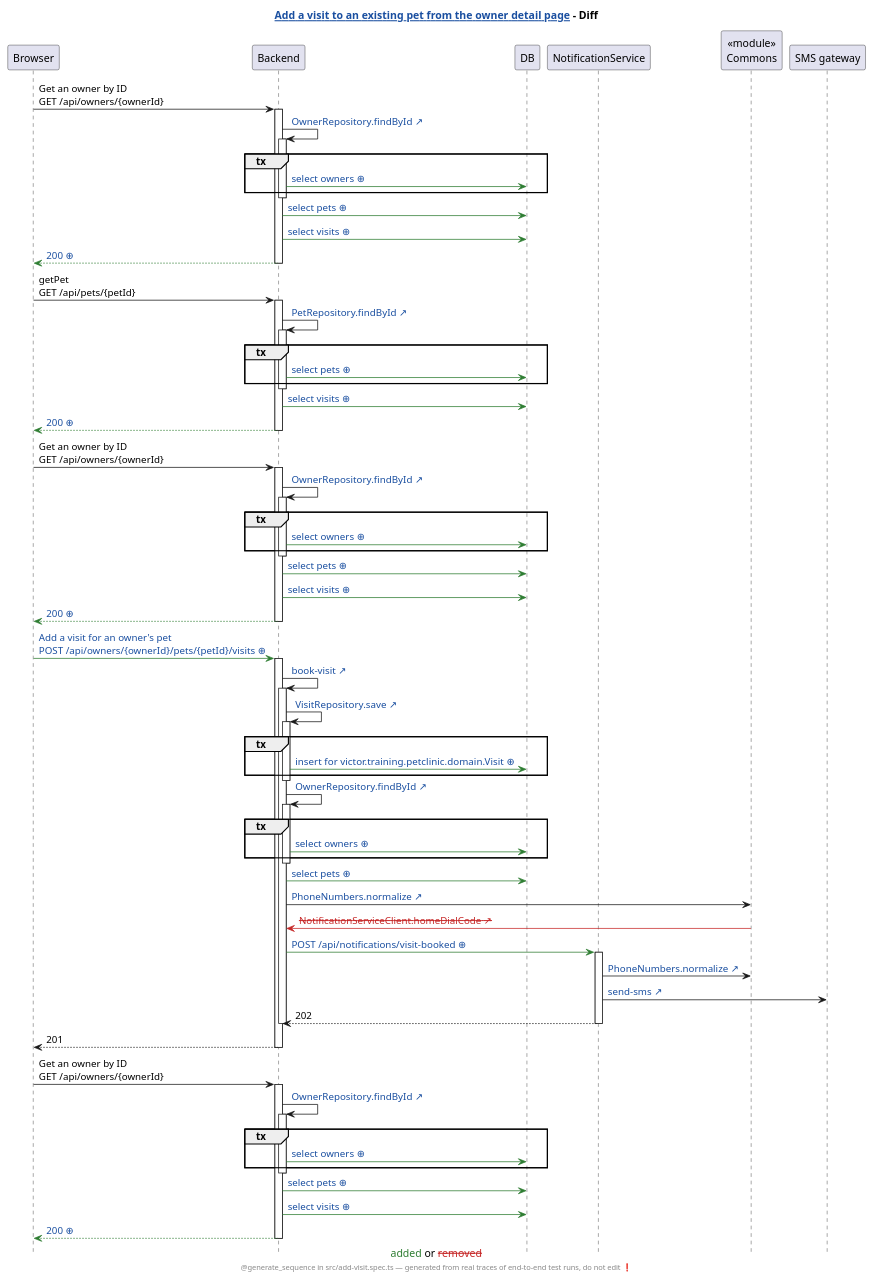
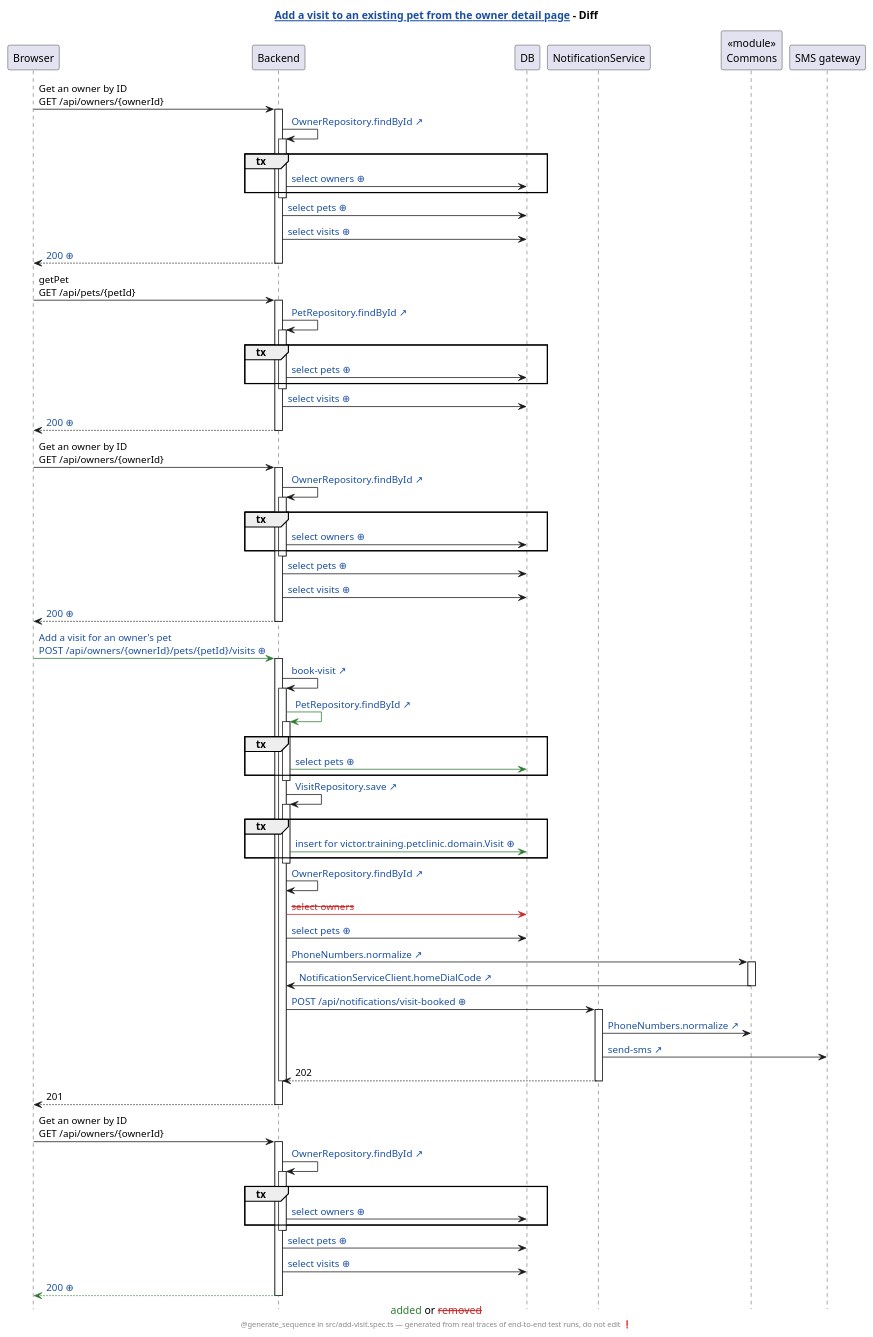
Before and after one commit to Winandvdb/human-review: the diagram in demo/demo2/assets/diagrams/petclinic-test_generated_add-visit.spec.ts.add-a-visit-to-an-existing-pet-from-the-owner-detail-page.genseq.diff.puml, drawn with PlantUML. The commit also changed 233 other files, not shown here.

```diff
--- a/demo/demo2/assets/diagrams/petclinic-test_generated_add-visit.spec.ts.add-a-visit-to-an-existing-pet-from-the-owner-detail-page.genseq.diff.puml
+++ b/demo/demo2/assets/diagrams/petclinic-test_generated_add-visit.spec.ts.add-a-visit-to-an-existing-pet-from-the-owner-detail-page.genseq.diff.puml
@@ -1,89 +1,93 @@
 @startuml
 caption <color:#2E7D32>added</color> or <color:#C62828><s>removed</s></color>
 hide footbox
 skinparam hyperlinkUnderline false
 skinparam hyperlinkColor #1A4FA0
 title [[src://petclinic-test/src/add-visit.spec.ts:31{Click to open the test} Add a visit to an existing pet from the owner detail page]] - Diff
 footer @generate_sequence in src/add-visit.spec.ts — generated from real traces of end-to-end test runs, do not edit ❗
 participant Browser
 participant Backend
 participant DB
 participant NotificationService
 participant "«module»\nCommons" as Commons
 participant "SMS gateway"
 Browser -> Backend: Get an owner by ID\nGET /api/owners/{ownerId}
 activate Backend
-Backend -> Backend: [[src://petclinic-backend/src/main/java/victor/training/petclinic/repository/OwnerRepository.java:28{Click to open OwnerRepository.findById} OwnerRepository.findById ↗]]
+Backend -> Backend: [[src://petclinic-backend/src/main/java/victor/training/petclinic/repository/OwnerRepository.java:15{Click to open OwnerRepository.findById} OwnerRepository.findById ↗]]
 activate Backend
 group tx
-Backend -[#2E7D32]> DB: [[genseq://083xusu{Click for the statement behind this call} select owners ⊕]]
+Backend -> DB: [[genseq://0x8aana{Click for the statement behind this call} select owners ⊕]]
 end
 deactivate Backend
-Backend -[#2E7D32]> DB: [[genseq://0j0trn8{Click for the statement behind this call} select pets ⊕]]
-Backend -[#2E7D32]> DB: [[genseq://16xt6fr{Click for the statement behind this call} select visits ⊕]]
-Backend -[#2E7D32]-> Browser: [[genseq://0x0vjb5{Click for this call’s JSON body} 200 ⊕]]
+Backend -> DB: [[genseq://18567ho{Click for the statement behind this call} select pets ⊕]]
+Backend -> DB: [[genseq://13apewa{Click for the statement behind this call} select visits ⊕]]
+Backend --> Browser: [[genseq://0zavcxa{Click for this call’s JSON body} 200 ⊕]]
 deactivate Backend
 Browser -> Backend: getPet\nGET /api/pets/{petId}
 activate Backend
 Backend -> Backend: [[src://petclinic-backend/src/main/java/victor/training/petclinic/repository/PetRepository.java:16{Click to open PetRepository.findById} PetRepository.findById ↗]]
 activate Backend
 group tx
-Backend -[#2E7D32]> DB: [[genseq://1cofzyh{Click for the statement behind this call} select pets ⊕]]
+Backend -> DB: [[genseq://0y7w2ps{Click for the statement behind this call} select pets ⊕]]
 end
 deactivate Backend
-Backend -[#2E7D32]> DB: [[genseq://16xt6fr{Click for the statement behind this call} select visits ⊕]]
-Backend -[#2E7D32]-> Browser: [[genseq://1uazcwg{Click for this call’s JSON body} 200 ⊕]]
+Backend -> DB: [[genseq://13apewa{Click for the statement behind this call} select visits ⊕]]
+Backend --> Browser: [[genseq://01mmlgx{Click for this call’s JSON body} 200 ⊕]]
 deactivate Backend
 Browser -> Backend: Get an owner by ID\nGET /api/owners/{ownerId}
 activate Backend
-Backend -> Backend: [[src://petclinic-backend/src/main/java/victor/training/petclinic/repository/OwnerRepository.java:28{Click to open OwnerRepository.findById} OwnerRepository.findById ↗]]
+Backend -> Backend: [[src://petclinic-backend/src/main/java/victor/training/petclinic/repository/OwnerRepository.java:15{Click to open OwnerRepository.findById} OwnerRepository.findById ↗]]
 activate Backend
 group tx
-Backend -[#2E7D32]> DB: [[genseq://083xusu{Click for the statement behind this call} select owners ⊕]]
+Backend -> DB: [[genseq://0x8aana{Click for the statement behind this call} select owners ⊕]]
 end
 deactivate Backend
-Backend -[#2E7D32]> DB: [[genseq://0j0trn8{Click for the statement behind this call} select pets ⊕]]
-Backend -[#2E7D32]> DB: [[genseq://16xt6fr{Click for the statement behind this call} select visits ⊕]]
-Backend -[#2E7D32]-> Browser: [[genseq://0x0vjb5{Click for this call’s JSON body} 200 ⊕]]
+Backend -> DB: [[genseq://18567ho{Click for the statement behind this call} select pets ⊕]]
+Backend -> DB: [[genseq://13apewa{Click for the statement behind this call} select visits ⊕]]
+Backend --> Browser: [[genseq://0zavcxa{Click for this call’s JSON body} 200 ⊕]]
 deactivate Backend
-Browser -[#2E7D32]> Backend: [[genseq://0s79aod{Click for this call’s JSON body} Add a visit for an owner's pet\nPOST /api/owners/{ownerId}/pets/{petId}/visits ⊕]]
+Browser -[#2E7D32]> Backend: [[genseq://17c9qfm{Click for this call’s JSON body} Add a visit for an owner's pet\nPOST /api/owners/{ownerId}/pets/{petId}/visits ⊕]]
 activate Backend
-Backend -> Backend: [[src://petclinic-backend/src/main/java/victor/training/petclinic/rest/OwnerRestController.java:240{Click to open OwnerRestController.bookVisit} book-visit ↗]]
+Backend -> Backend: [[src://petclinic-backend/src/main/java/victor/training/petclinic/rest/OwnerRestController.java:212{Click to open OwnerRestController.bookVisit} book-visit ↗]]
 activate Backend
+Backend -[#2E7D32]> Backend: [[src://petclinic-backend/src/main/java/victor/training/petclinic/repository/PetRepository.java:16{Click to open PetRepository.findById} PetRepository.findById ↗]]
+activate Backend
+group tx
+Backend -[#2E7D32]> DB: [[genseq://0y7w2ps{Click for the statement behind this call} select pets ⊕]]
+end
+deactivate Backend
 Backend -> Backend: [[src://petclinic-backend/src/main/java/victor/training/petclinic/repository/VisitRepository.java:14{Click to open VisitRepository.save} VisitRepository.save ↗]]
 activate Backend
 group tx
-Backend -[#2E7D32]> DB: [[genseq://07bek3u{Click for the statement behind this call} insert for victor.training.petclinic.domain.Visit ⊕]]
+Backend -[#2E7D32]> DB: [[genseq://0ai6p99{Click for the statement behind this call} insert for victor.training.petclinic.domain.Visit ⊕]]
 end
 deactivate Backend
-Backend -> Backend: [[src://petclinic-backend/src/main/java/victor/training/petclinic/repository/OwnerRepository.java:28{Click to open OwnerRepository.findById} OwnerRepository.findById ↗]]
-activate Backend
-group tx
-Backend -[#2E7D32]> DB: [[genseq://083xusu{Click for the statement behind this call} select owners ⊕]]
-end
-deactivate Backend
-Backend -[#2E7D32]> DB: [[genseq://0j0trn8{Click for the statement behind this call} select pets ⊕]]
+Backend -> Backend: [[src://petclinic-backend/src/main/java/victor/training/petclinic/repository/OwnerRepository.java:15{Click to open OwnerRepository.findById} OwnerRepository.findById ↗]]
+Backend -[#C62828]> DB: <color:#C62828><s>select owners</s></color>
+Backend -> DB: [[genseq://18567ho{Click for the statement behind this call} select pets ⊕]]
 Backend -> Commons: [[src://petclinic-commons/src/main/java/victor/training/commons/PhoneNumbers.java:8{Click to open PhoneNumbers.normalize} PhoneNumbers.normalize ↗]]
-Commons -[#C62828]> Backend: <color:#C62828><s>NotificationServiceClient.homeDialCode ↗</s></color>
-Backend -[#2E7D32]> NotificationService: [[genseq://06g5a1e{Click for this call’s JSON body} POST /api/notifications/visit-booked ⊕]]
+activate Commons
+Commons -> Backend: [[src://petclinic-backend/src/main/java/victor/training/petclinic/notification/NotificationServiceClient.java:45{Click to open NotificationServiceClient.homeDialCode} NotificationServiceClient.homeDialCode ↗]]
+deactivate Commons
+Backend -> NotificationService: [[genseq://1p4ogm5{Click for this call’s JSON body} POST /api/notifications/visit-booked ⊕]]
 activate NotificationService
 NotificationService -> Commons: [[src://petclinic-commons/src/main/java/victor/training/commons/PhoneNumbers.java:8{Click to open PhoneNumbers.normalize} PhoneNumbers.normalize ↗]]
 NotificationService -> "SMS gateway": [[src://notification-service/src/main/java/victor/training/notification/SmsGateway.java:23{Click to open SmsGateway.send} send-sms ↗]]
 NotificationService --> Backend: 202
 deactivate NotificationService
 deactivate Backend
 Backend --> Browser: 201
 deactivate Backend
 Browser -> Backend: Get an owner by ID\nGET /api/owners/{ownerId}
 activate Backend
-Backend -> Backend: [[src://petclinic-backend/src/main/java/victor/training/petclinic/repository/OwnerRepository.java:28{Click to open OwnerRepository.findById} OwnerRepository.findById ↗]]
+Backend -> Backend: [[src://petclinic-backend/src/main/java/victor/training/petclinic/repository/OwnerRepository.java:15{Click to open OwnerRepository.findById} OwnerRepository.findById ↗]]
 activate Backend
 group tx
-Backend -[#2E7D32]> DB: [[genseq://083xusu{Click for the statement behind this call} select owners ⊕]]
+Backend -> DB: [[genseq://0x8aana{Click for the statement behind this call} select owners ⊕]]
 end
 deactivate Backend
-Backend -[#2E7D32]> DB: [[genseq://0j0trn8{Click for the statement behind this call} select pets ⊕]]
-Backend -[#2E7D32]> DB: [[genseq://16xt6fr{Click for the statement behind this call} select visits ⊕]]
-Backend -[#2E7D32]-> Browser: [[genseq://0julin6{Click for this call’s JSON body} 200 ⊕]]
+Backend -> DB: [[genseq://18567ho{Click for the statement behind this call} select pets ⊕]]
+Backend -> DB: [[genseq://13apewa{Click for the statement behind this call} select visits ⊕]]
+Backend -[#2E7D32]-> Browser: [[genseq://0nmgbhi{Click for this call’s JSON body} 200 ⊕]]
 deactivate Backend
 @enduml
```
